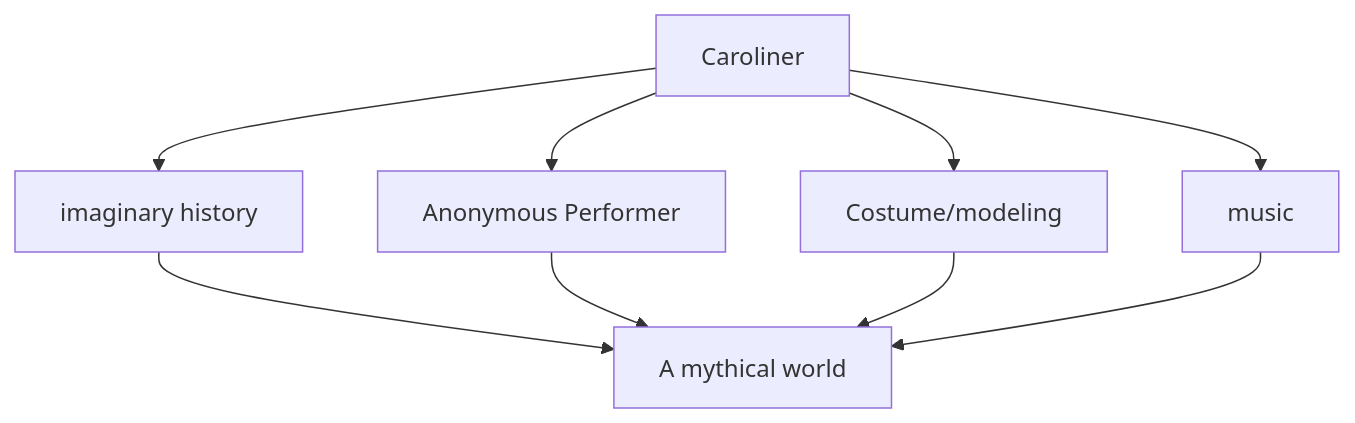
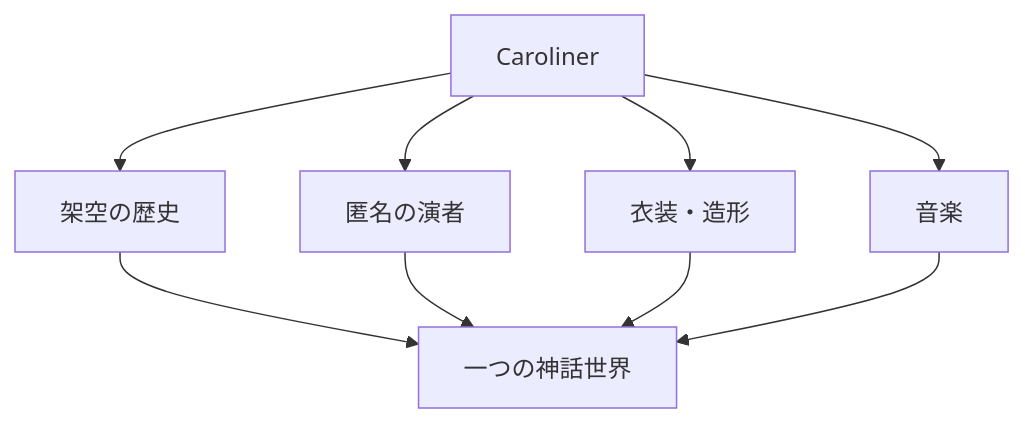
Before and after one commit to monumental-movement/monumental-movement.github.io: the second of 9 diagrams in en/_posts/2026-07-07-column-angine-de-poitrine-caroliner-rubber-o-cement.md, drawn with Mermaid. The commit also changed other lines of this file and 2196 other files, not shown here.

```diff
--- a/en/_posts/2026-07-07-column-angine-de-poitrine-caroliner-rubber-o-cement.md
+++ b/en/_posts/2026-07-07-column-angine-de-poitrine-caroliner-rubber-o-cement.md
@@ -250,21 +249,21 @@
 <div class="mermaid">
 flowchart TD
 
 A["Caroliner"]
-B["imaginary history"]
-C["Anonymous Performer"]
-D["Costume/modeling"]
-E["music"]
-F["A mythical world"]
+B["架空の歴史"]
+C["匿名の演者"]
+D["衣装・造形"]
+E["音楽"]
+F["一つの神話世界"]
 
 A --> B
 A --> C
 A --> D
 A --> E
 
 B --> F
 C --> F
 D --> F
 E --> F
 
 </div>
```
